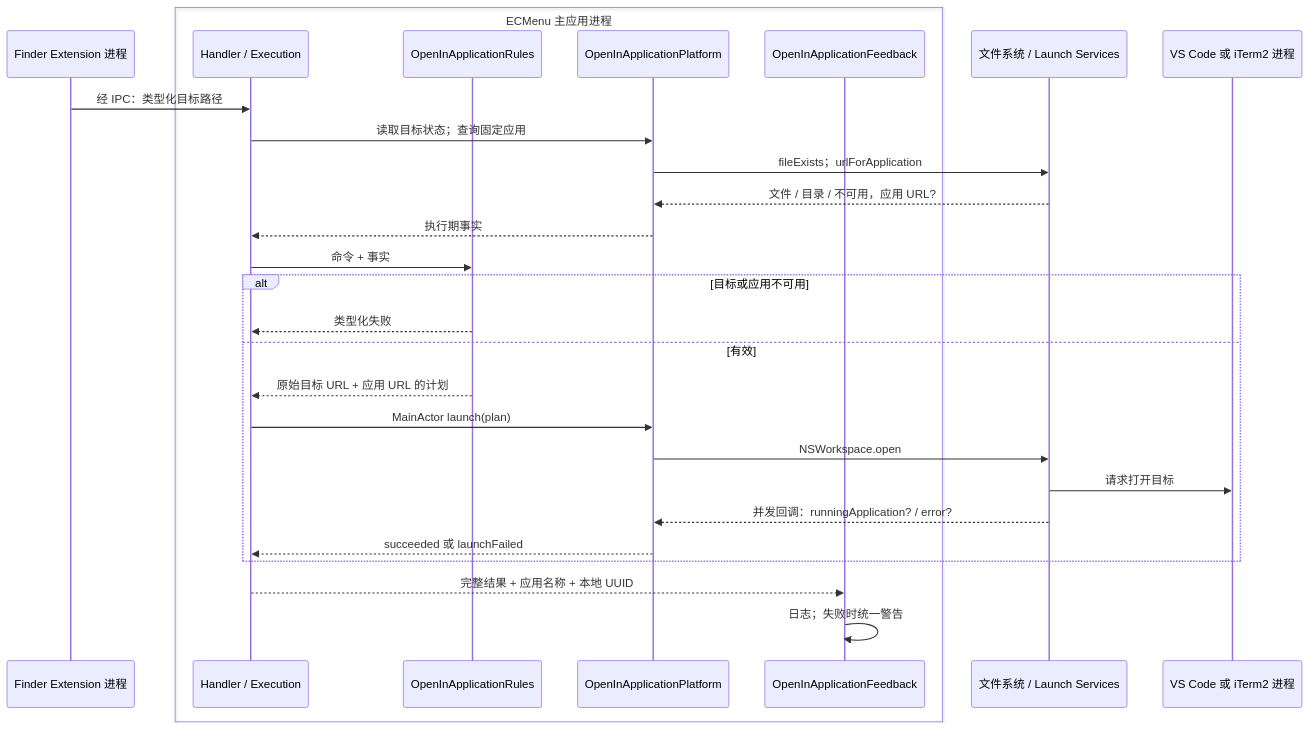
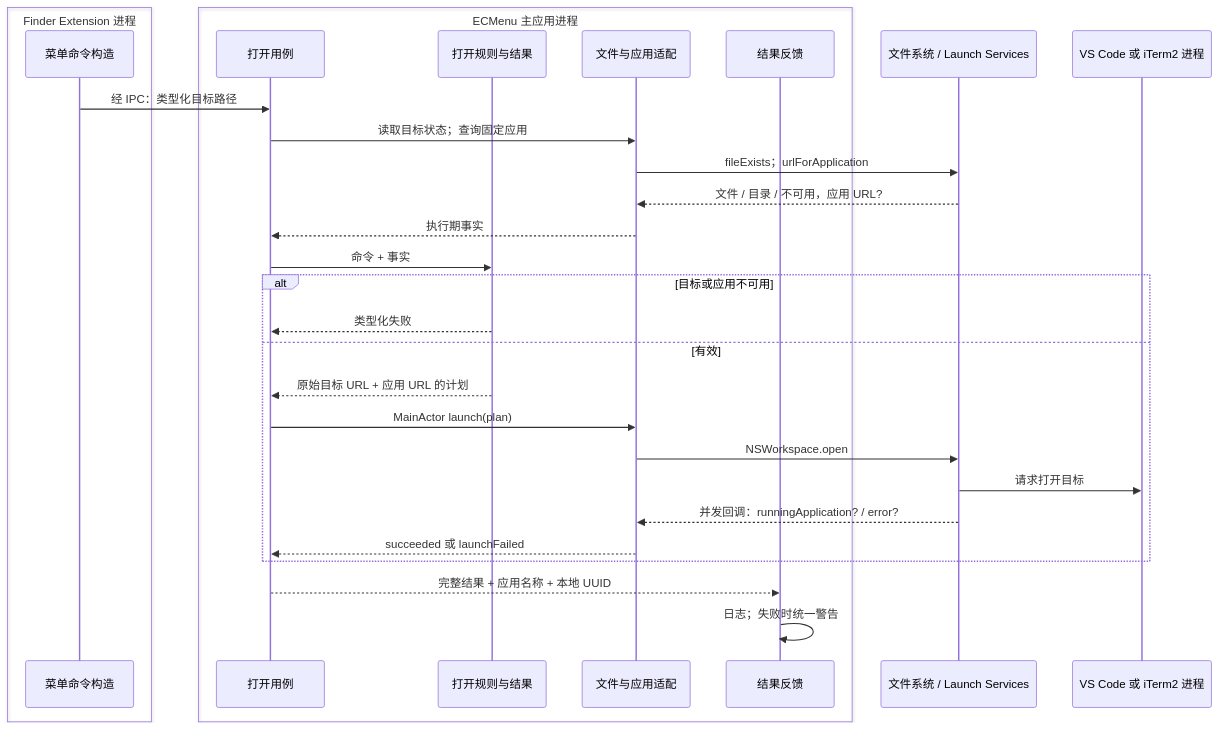
Before and after one commit to tlb-22/mac-tool-ecmenu: the diagram in spec/Technical/Features/OpenInApplications.md, drawn with Mermaid. The commit also changed other lines of this file and 38 other files, not shown here.

````diff
--- a/spec/Technical/Features/OpenInApplications.md
+++ b/spec/Technical/Features/OpenInApplications.md
@@ -7,30 +7,32 @@
 ```mermaid
 sequenceDiagram
-    participant E as Finder Extension 进程
+    box Finder Extension 进程
+        participant E as 菜单命令构造
+    end
     box ECMenu 主应用进程
-        participant H as Handler / Execution
-        participant R as OpenInApplicationRules
-        participant P as OpenInApplicationPlatform
-        participant F as OpenInApplicationFeedback
+        participant H as 打开用例
+        participant R as 打开规则与结果
+        participant P as 文件与应用适配
+        participant F as 结果反馈
     end
     participant S as 文件系统 / Launch Services
     participant A as VS Code 或 iTerm2 进程
     E->>H: 经 IPC：类型化目标路径
     H->>P: 读取目标状态；查询固定应用
     P->>S: fileExists；urlForApplication
     S-->>P: 文件 / 目录 / 不可用，应用 URL?
     P-->>H: 执行期事实
     H->>R: 命令 + 事实
     alt 目标或应用不可用
         R-->>H: 类型化失败
     else 有效
         R-->>H: 原始目标 URL + 应用 URL 的计划
         H->>P: MainActor launch(plan)
         P->>S: NSWorkspace.open
         S->>A: 请求打开目标
         S-->>P: 并发回调：runningApplication? / error?
         P-->>H: succeeded 或 launchFailed
     end
     H-->>F: 完整结果 + 应用名称 + 本地 UUID
     F->>F: 日志；失败时统一警告
 ```
````
